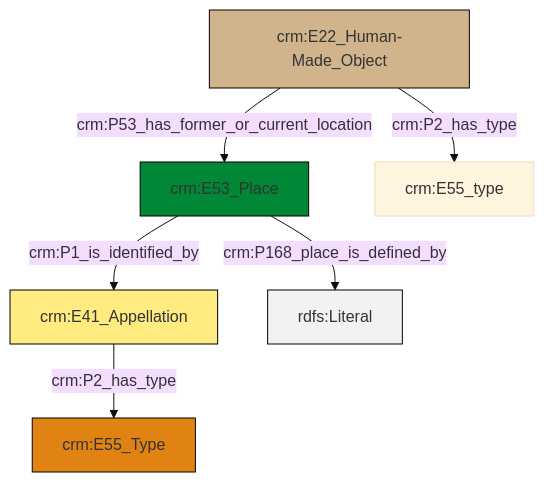
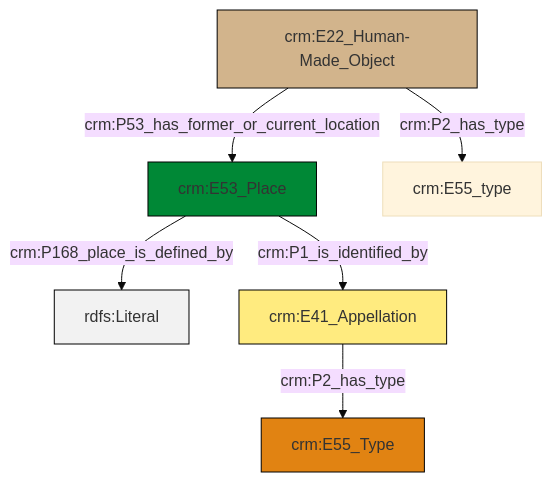
The diagram in et/builtWorkCSV/ttl/mmd/Built_Work_location.ttl.mmd (swiss-art-research-net/reference-data-models), drawn with Mermaid (base theme) before and after one commit. The commit also changed 121 other files, not shown here.

```diff
--- a/et/builtWorkCSV/ttl/mmd/Built_Work_location.ttl.mmd
+++ b/et/builtWorkCSV/ttl/mmd/Built_Work_location.ttl.mmd
@@ -1,20 +1,20 @@
 graph TD
 classDef Literal fill:#f2f2f2,stroke:#000000;
 classDef CRM_Entity fill:#FFFFFF,stroke:#000000;
 classDef Temporal_Entity fill:#00C9E6, stroke:#000000;
 classDef Type fill:#E18312, stroke:#000000;
 classDef Time-Span fill:#2C9C91, stroke:#000000;
 classDef Appellation fill:#FFEB7F, stroke:#000000;
 classDef Place fill:#008836, stroke:#000000;
 classDef Persistent_Item fill:#B266B2, stroke:#000000;
 classDef Conceptual_Object fill:#FFD700, stroke:#000000;
 classDef Physical_Thing fill:#D2B48C, stroke:#000000;
 classDef Actor fill:#f58aad, stroke:#000000;
 classDef PC_Classes fill:#4ce600, stroke:#000000;
 classDef Multi fill:#cccccc,stroke:#000000;
 
-0["crm:E53_Place"]:::Place -->|crm:P1_is_identified_by| 1["crm:E41_Appellation"]:::Appellation
-2["crm:E22_Human-Made_Object"]:::Physical_Thing -->|crm:P53_has_former_or_current_location| 0["crm:E53_Place"]:::Place
-2["crm:E22_Human-Made_Object"]:::Physical_Thing -->|crm:P2_has_type| 7["crm:E55_type"]:::Default
-0["crm:E53_Place"]:::Place -->|crm:P168_place_is_defined_by| 8[rdfs:Literal]:::Literal
-1["crm:E41_Appellation"]:::Appellation -->|crm:P2_has_type| 4["crm:E55_Type"]:::Type
+0["crm:E22_Human-Made_Object"]:::Physical_Thing -->|crm:P53_has_former_or_current_location| 1["crm:E53_Place"]:::Place
+0["crm:E22_Human-Made_Object"]:::Physical_Thing -->|crm:P2_has_type| 3["crm:E55_type"]:::Default
+1["crm:E53_Place"]:::Place -->|crm:P168_place_is_defined_by| 4[rdfs:Literal]:::Literal
+8["crm:E41_Appellation"]:::Appellation -->|crm:P2_has_type| 6["crm:E55_Type"]:::Type
+1["crm:E53_Place"]:::Place -->|crm:P1_is_identified_by| 8["crm:E41_Appellation"]:::Appellation
```
